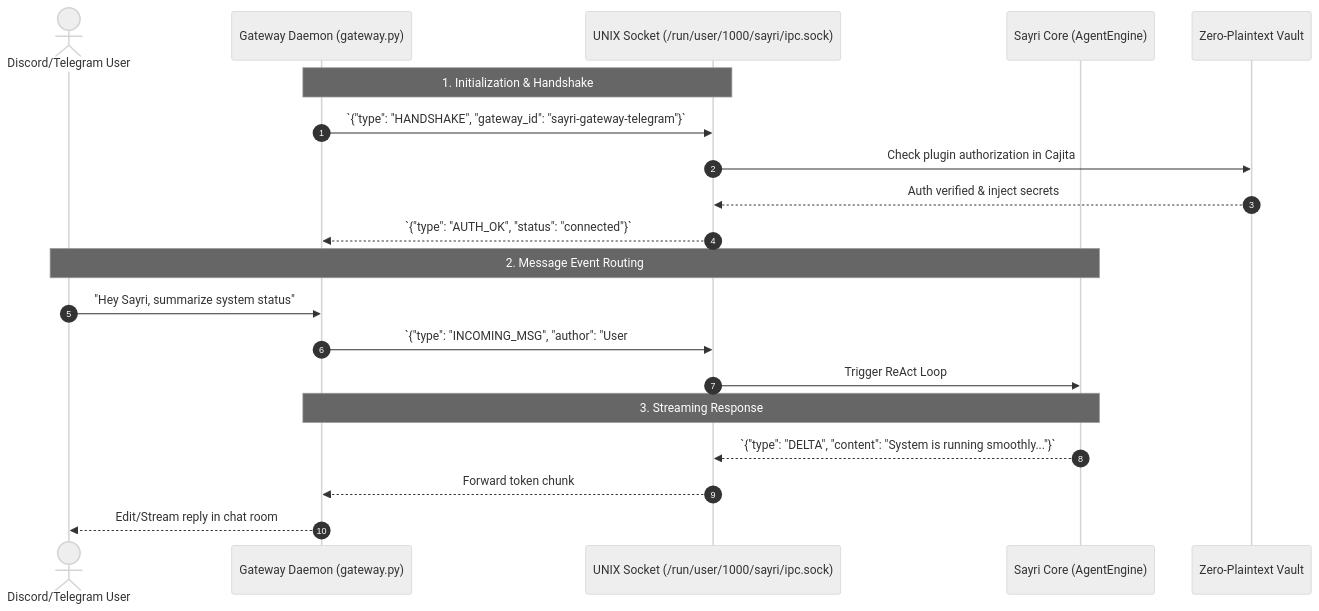
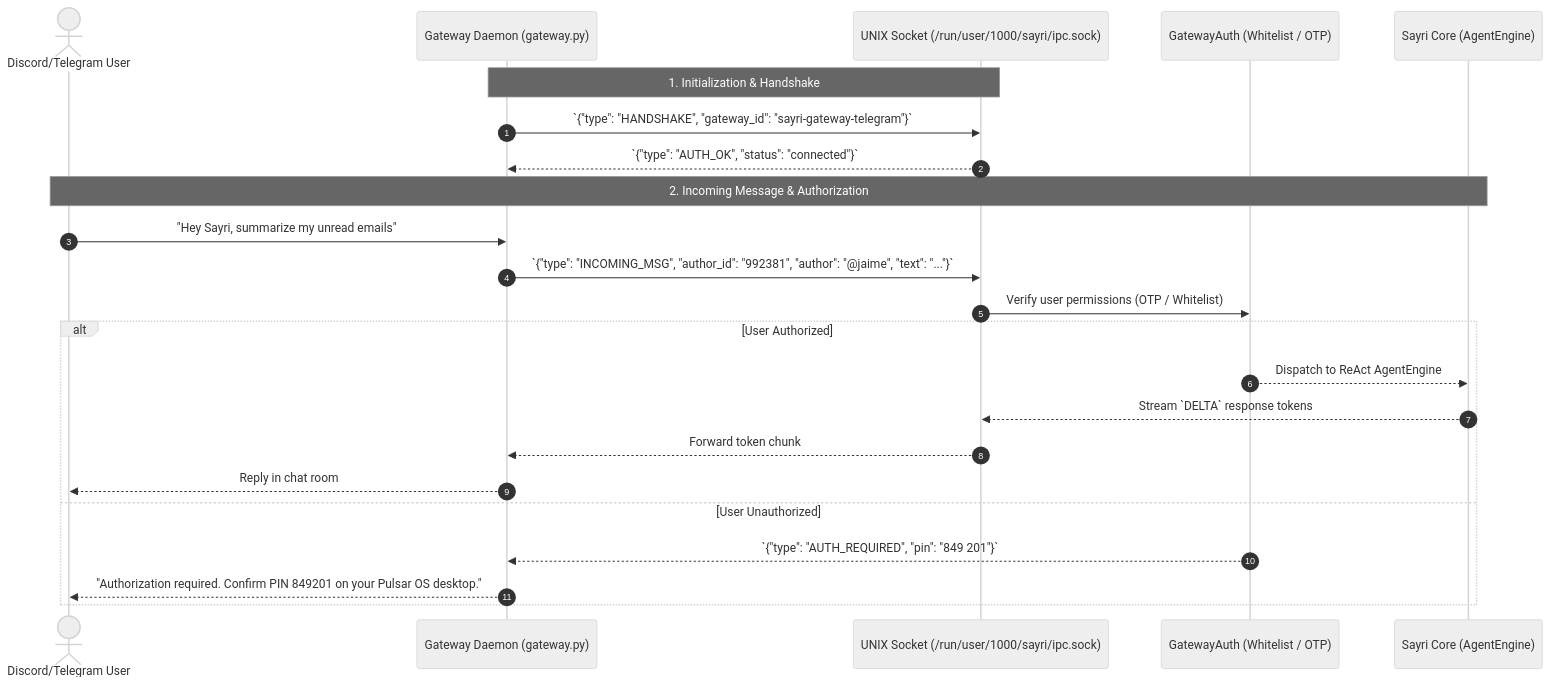
The diagram in src/data/help/architecture/gateways_spec.md (Inled-Pulsar-OS/os.inled.es), drawn with Mermaid (neutral theme) before and after one commit. The commit also changed other lines of this file, not shown here.

Commit message:
docs(gateways): document unified incoming message authorization system and OTP pairing

````diff
--- a/src/data/help/architecture/gateways_spec.md
+++ b/src/data/help/architecture/gateways_spec.md
@@ -17,25 +17,27 @@
 ```mermaid
 sequenceDiagram
     autonumber
     actor User as Discord/Telegram User
     participant GW as Gateway Daemon (gateway.py)
     participant Socket as UNIX Socket (/run/user/1000/sayri/ipc.sock)
+    participant Auth as GatewayAuth (Whitelist / OTP)
     participant Core as Sayri Core (AgentEngine)
-    participant Vault as Zero-Plaintext Vault
 
     Note over GW,Socket: 1. Initialization & Handshake
     GW->>Socket: `{"type": "HANDSHAKE", "gateway_id": "sayri-gateway-telegram"}`
-    Socket->>Vault: Check plugin authorization in Cajita
-    Vault-->>Socket: Auth verified & inject secrets
     Socket-->>GW: `{"type": "AUTH_OK", "status": "connected"}`
 
-    Note over User,Core: 2. Message Event Routing
-    User->>GW: "Hey Sayri, summarize system status"
-    GW->>Socket: `{"type": "INCOMING_MSG", "author": "User#123", "text": "...", "target_agent": "default"}`
-    Socket->>Core: Trigger ReAct Loop
-
-    Note over Core,GW: 3. Streaming Response
-    Core-->>Socket: `{"type": "DELTA", "content": "System is running smoothly..."}`
-    Socket-->>GW: Forward token chunk
-    GW-->>User: Edit/Stream reply in chat room
+    Note over User,Core: 2. Incoming Message & Authorization
+    User->>GW: "Hey Sayri, summarize my unread emails"
+    GW->>Socket: `{"type": "INCOMING_MSG", "author_id": "992381", "author": "@jaime", "text": "..."}`
+    Socket->>Auth: Verify user permissions (OTP / Whitelist)
+    alt User Authorized
+        Auth-->>Core: Dispatch to ReAct AgentEngine
+        Core-->>Socket: Stream `DELTA` response tokens
+        Socket-->>GW: Forward token chunk
+        GW-->>User: Reply in chat room
+    else User Unauthorized
+        Auth-->>GW: `{"type": "AUTH_REQUIRED", "pin": "849 201"}`
+        GW-->>User: "Authorization required. Confirm PIN 849201 on your Pulsar OS desktop."
+    end
 ```
````
